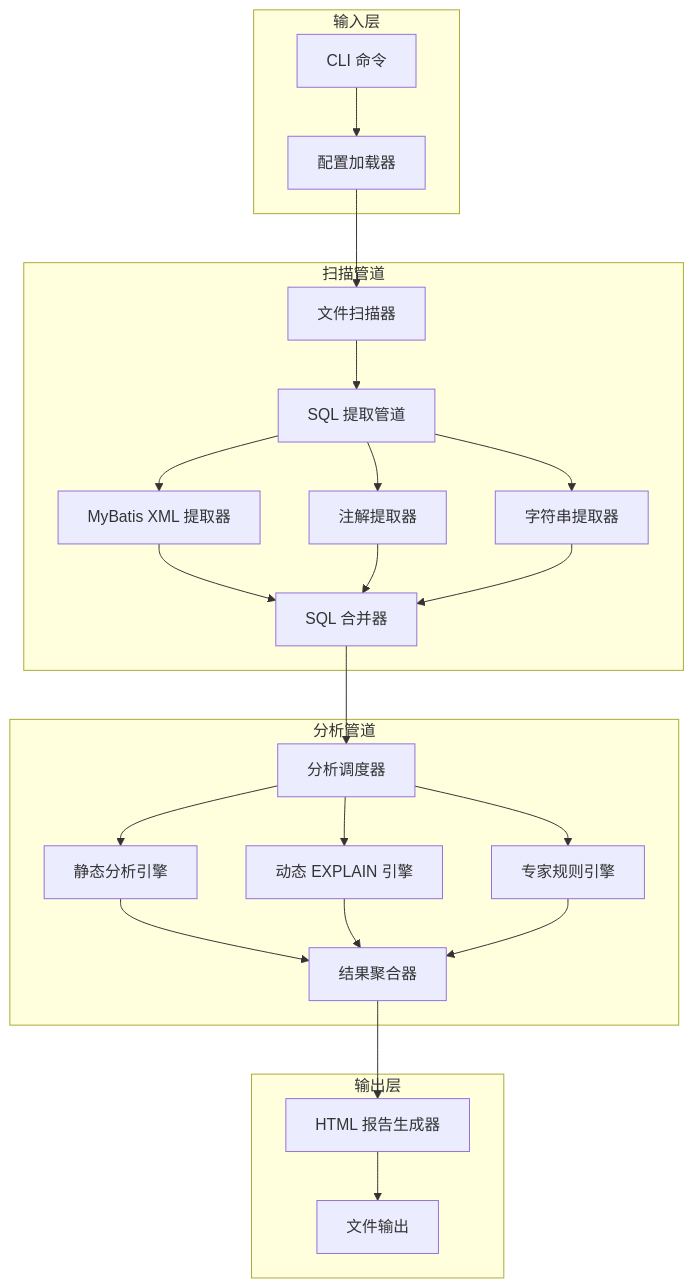
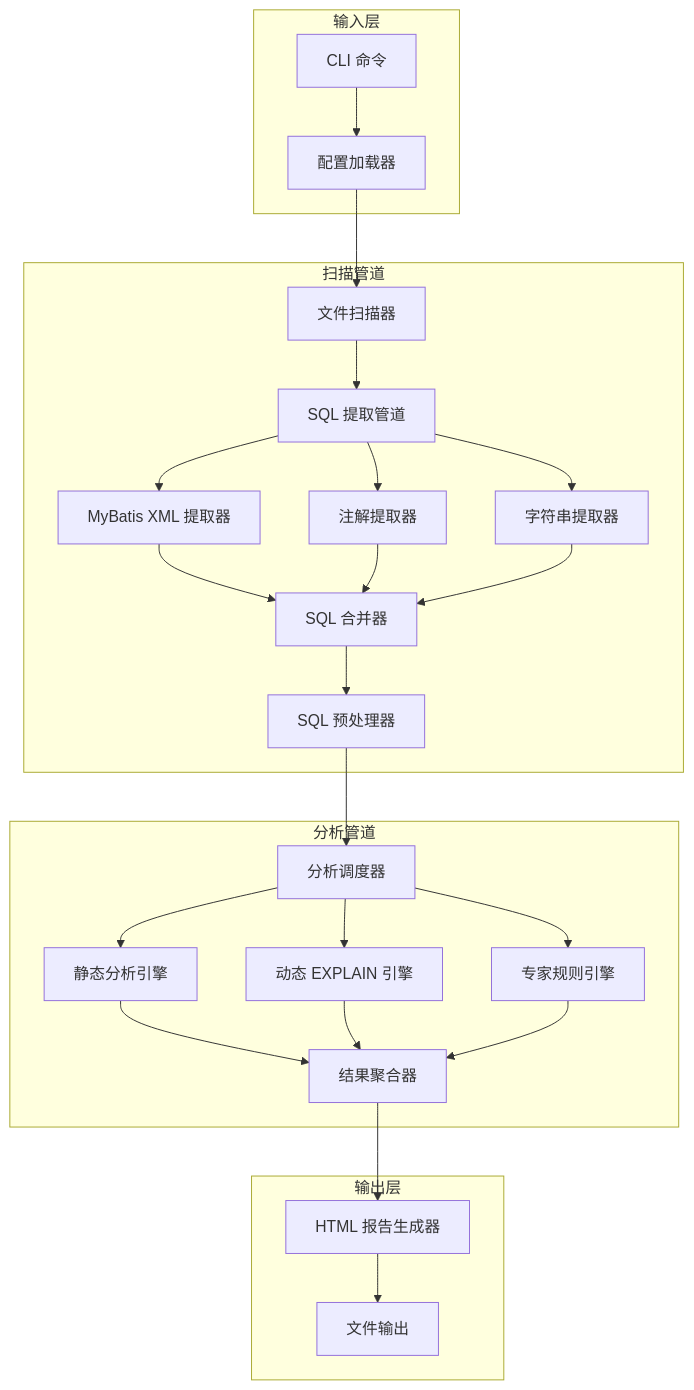
The first of 10 diagrams in docs/sql-checker-add.md (pellaci/specturm-sql-cc), drawn with Mermaid before and after one commit. The commit also changed other lines of this file and 111 other files, not shown here.

````diff
--- a/docs/sql-checker-add.md
+++ b/docs/sql-checker-add.md
@@ -91,32 +91,33 @@
 ```mermaid
 graph TB
     subgraph "输入层"
         A[CLI 命令] --> B[配置加载器]
     end
 
     subgraph "扫描管道"
         B --> C[文件扫描器]
         C --> D[SQL 提取管道]
         D --> E1[MyBatis XML 提取器]
         D --> E2[注解提取器]
         D --> E3[字符串提取器]
         E1 --> F[SQL 合并器]
         E2 --> F
         E3 --> F
+        F --> P[SQL 预处理器]
     end
 
     subgraph "分析管道"
-        F --> G[分析调度器]
+        P --> G[分析调度器]
         G --> H1[静态分析引擎]
         G --> H2[动态 EXPLAIN 引擎]
         G --> H3[专家规则引擎]
         H1 --> I[结果聚合器]
         H2 --> I
         H3 --> I
     end
 
     subgraph "输出层"
         I --> J[HTML 报告生成器]
         J --> K[文件输出]
     end
 ```
````
